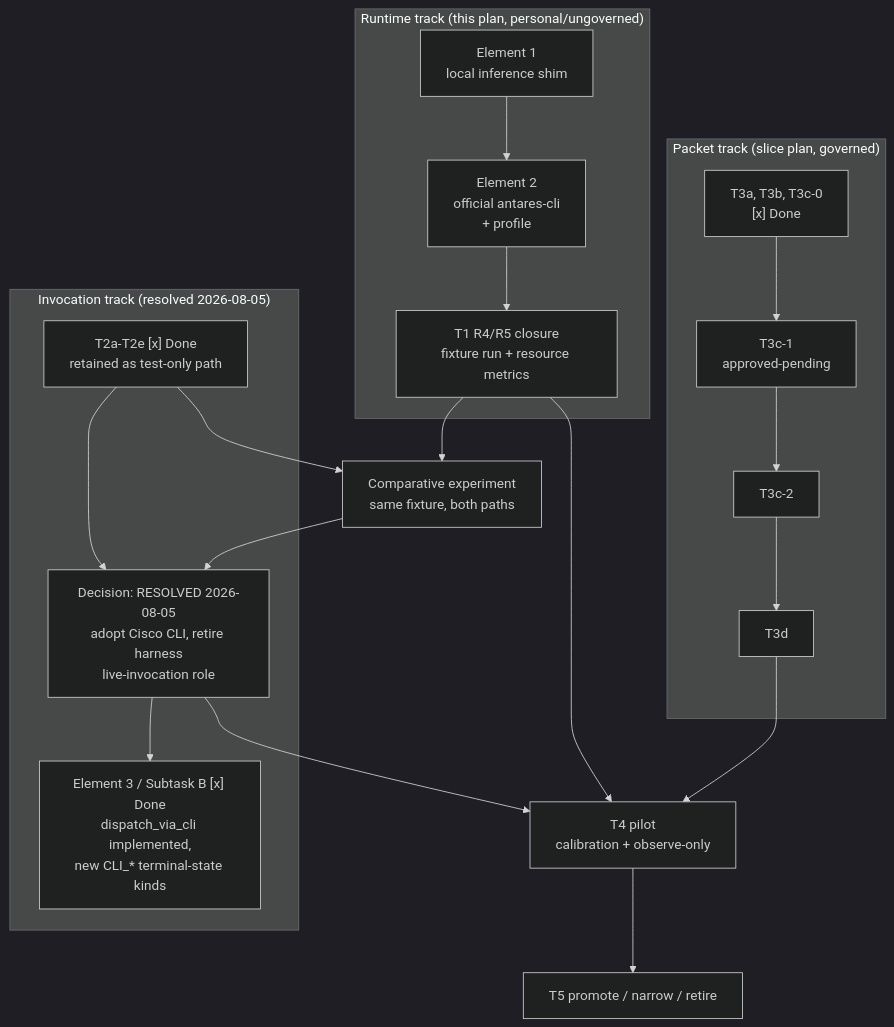
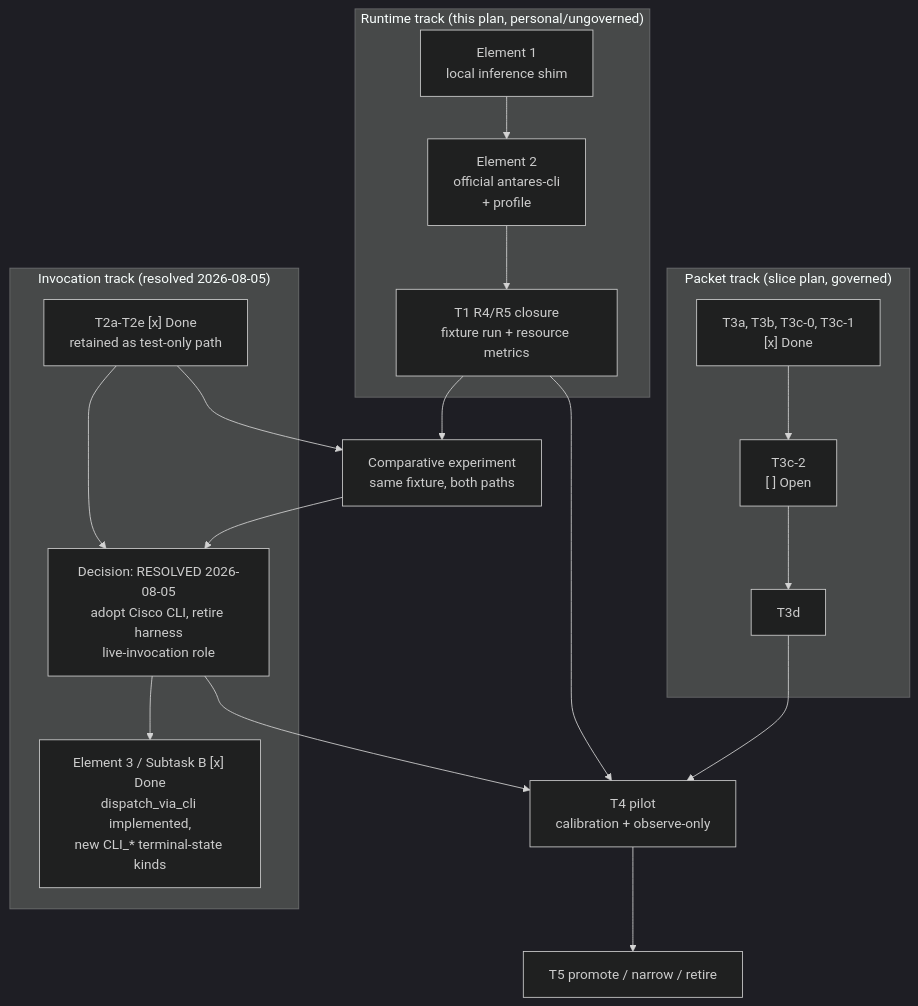
One commit to krukmat/dubbridge changed the second of 2 diagrams in docs/plan/antares-local-runtime-adoption.md. Above: the diagram before and after it, drawn with Mermaid (dark theme). The commit also changed other lines of this file and 70 other files, not shown here.

````diff
--- a/docs/plan/antares-local-runtime-adoption.md
+++ b/docs/plan/antares-local-runtime-adoption.md
@@ -353,28 +353,27 @@
 ```mermaid
 flowchart TB
     subgraph runtime["Runtime track (this plan, personal/ungoverned)"]
         E1["Element 1\nlocal inference shim"] --> E2["Element 2\nofficial antares-cli\n+ profile"]
         E2 --> R45["T1 R4/R5 closure\nfixture run + resource metrics"]
     end
 
     subgraph packet["Packet track (slice plan, governed)"]
-        T3done["T3a, T3b, T3c-0\n[x] Done"] --> T3c1["T3c-1\napproved-pending"]
-        T3c1 --> T3c2["T3c-2"] --> T3d["T3d"]
+        T3done["T3a, T3b, T3c-0, T3c-1\n[x] Done"] --> T3c2["T3c-2\n[ ] Open"] --> T3d["T3d"]
     end
 
     subgraph invoke["Invocation track (resolved 2026-08-05)"]
         T2["T2a-T2e [x] Done\nretained as test-only path"]
         DEC["Decision: RESOLVED 2026-08-05\nadopt Cisco CLI, retire harness\nlive-invocation role"]
         T2 --> DEC
         E3["Element 3 / Subtask B [x] Done\ndispatch_via_cli implemented,\nnew CLI_* terminal-state kinds"]
         DEC --> E3
     end
 
     R45 --> EXP["Comparative experiment\nsame fixture, both paths"]
     T2 --> EXP
     EXP --> DEC
     R45 --> T4["T4 pilot\ncalibration + observe-only"]
     T3d --> T4
     DEC --> T4
     T4 --> T5["T5 promote / narrow / retire"]
 ```
````
